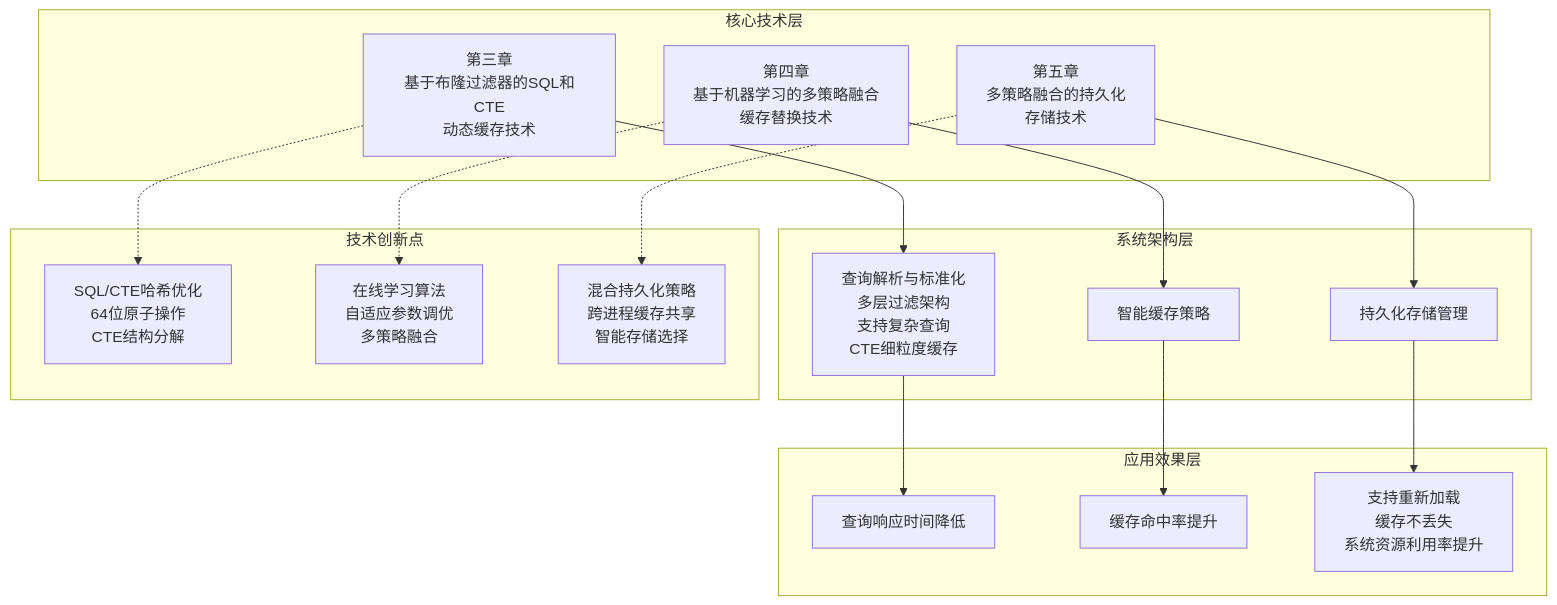
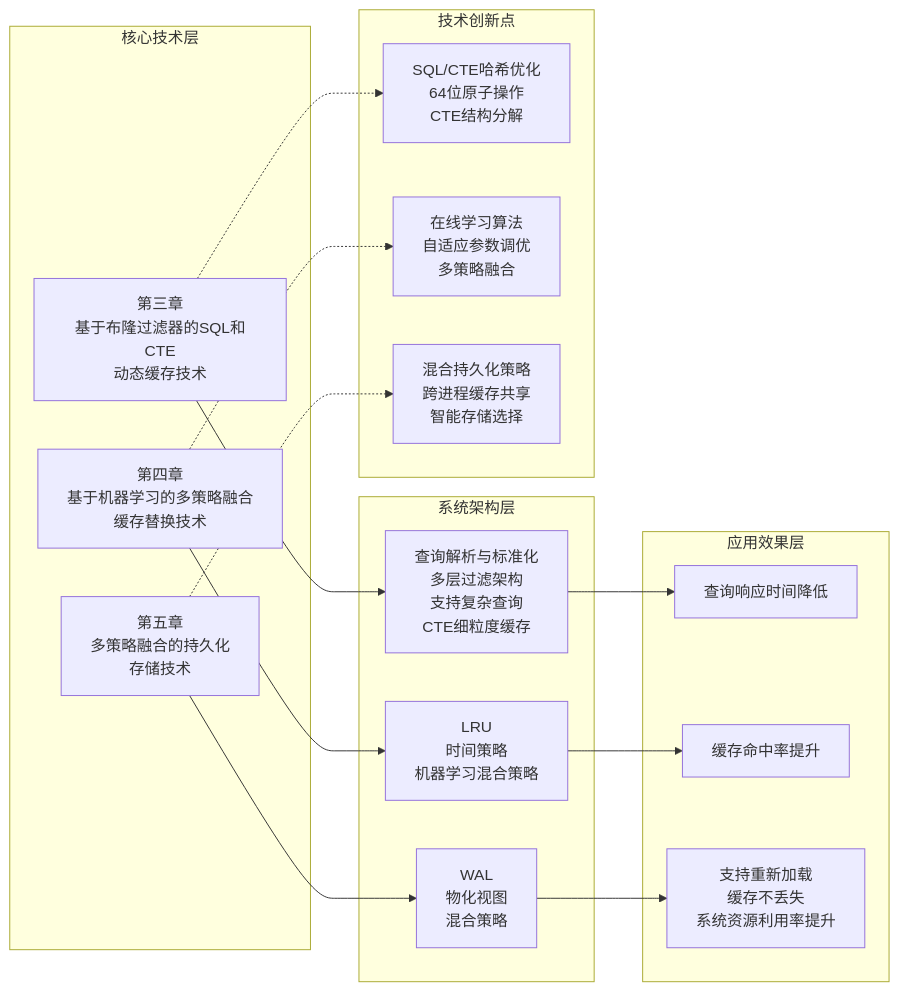
The second of 2 diagrams in md/第一章-绪论.md (crazypenguincode/duckdb), drawn with Mermaid before and after one commit. The commit also changed 40 other files, not shown here.

Commit message:
更新图片无边框

````diff
--- a/md/第一章-绪论.md
+++ b/md/第一章-绪论.md
@@ -125,39 +125,39 @@
 ```mermaid
-graph TD
+graph LR
         subgraph "核心技术层"
             A1[第三章<br>基于布隆过滤器的SQL和CTE<br>动态缓存技术]
             A2[第四章<br>基于机器学习的多策略融合<br>缓存替换技术]
             A3[第五章<br>多策略融合的持久化<br>存储技术]
         end
         
         subgraph "系统架构层"
             B1[查询解析与标准化<br />多层过滤架构<br/>支持复杂查询<br/>CTE细粒度缓存]
-            B2[智能缓存策略]
-            B3[持久化存储管理]
+            B2[LRU<br>时间策略<br>机器学习混合策略]
+            B3[WAL<br>物化视图<br>混合策略]
         end
         
         subgraph "应用效果层"
             C1[查询响应时间降低]
             C2[缓存命中率提升]
             C3[支持重新加载<br />缓存不丢失<br />系统资源利用率提升]
         end
         
         A1 --> B1
         A2 --> B2
         A3 --> B3
         
         B1 --> C1
         B2 --> C2
         B3 --> C3
         
         subgraph "技术创新点"
             D1[SQL/CTE哈希优化<br/>64位原子操作<br/>CTE结构分解]
             D2[在线学习算法<br/>自适应参数调优<br/>多策略融合]
             D3[混合持久化策略<br/>跨进程缓存共享<br/>智能存储选择]
         end
         
         A1 -.-> D1
         A2 -.-> D2
         A3 -.-> D3
 
 ```
````
